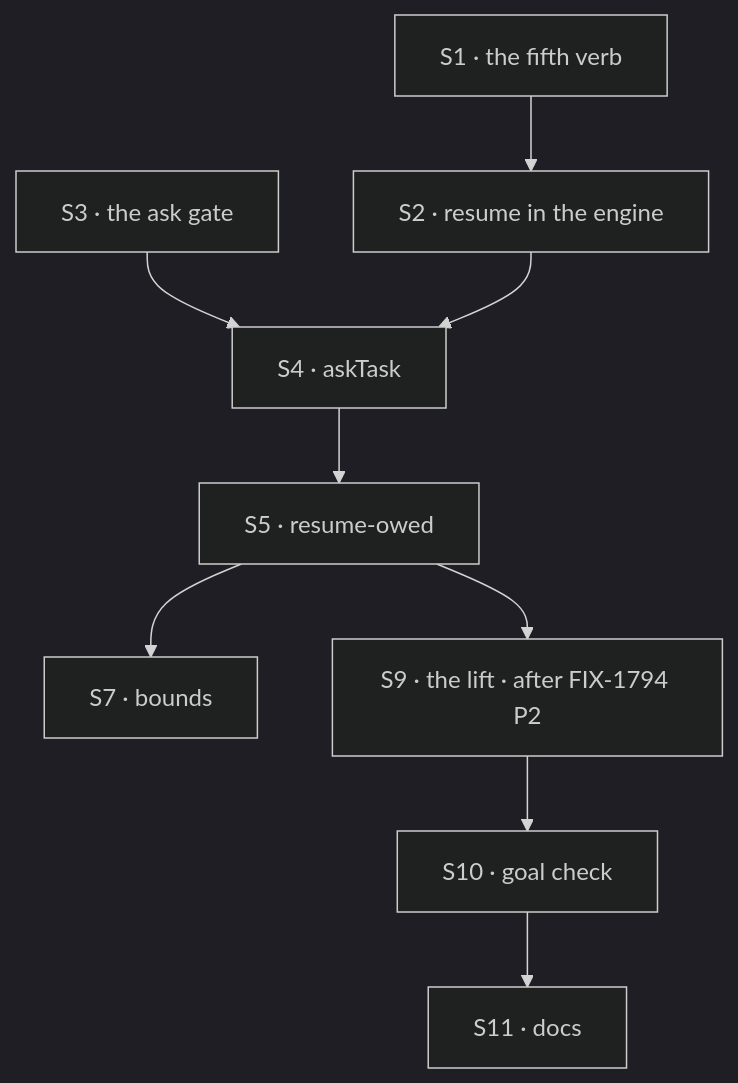
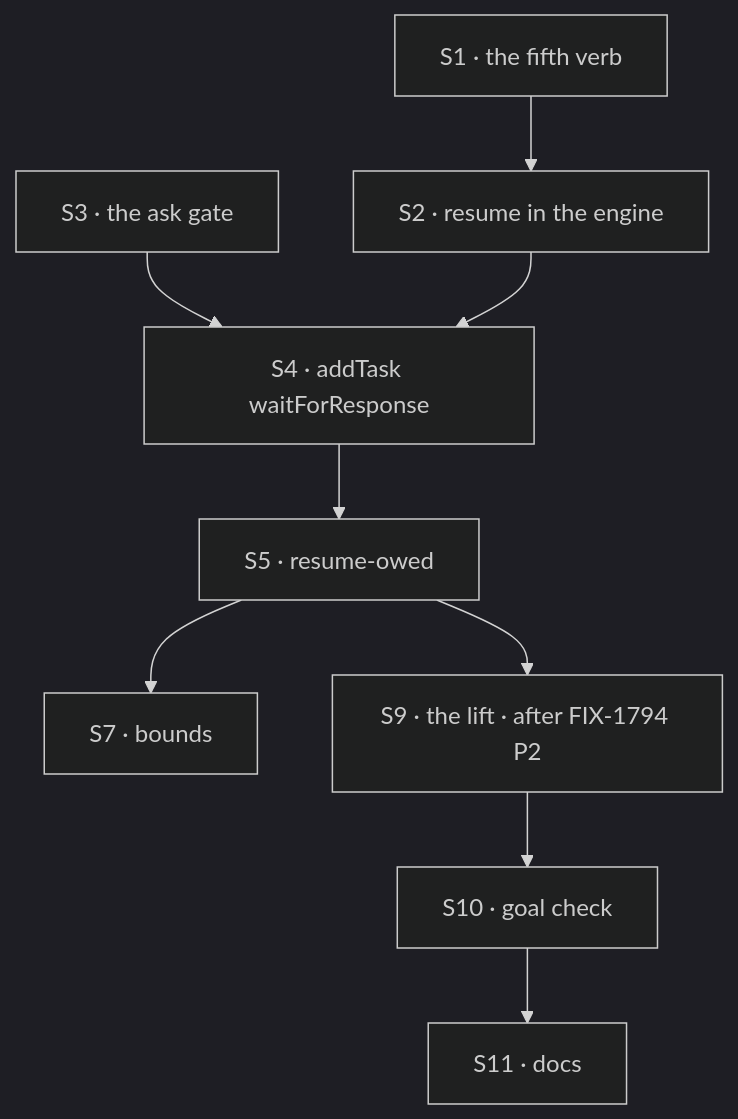
One commit to fixpoint-labs/flow-state-dev changed the diagram in specs/issues/FIX-1816/PLAN.md. Above: the diagram before and after it, drawn with Mermaid (dark theme). The commit also changed other lines of this file and 7 other files, not shown here.

First line of the commit message:
spec(FIX-1816): fold askTask into addTask as waitForResponse

````diff
--- a/specs/issues/FIX-1816/PLAN.md
+++ b/specs/issues/FIX-1816/PLAN.md
@@ -33,11 +33,11 @@
 ```mermaid
 flowchart TD
   S1["S1 · the fifth verb"] --> S2["S2 · resume in the engine"]
-  S3["S3 · the ask gate"] --> S4["S4 · askTask"]
+  S3["S3 · the ask gate"] --> S4["S4 · addTask waitForResponse"]
   S2 --> S4
   S4 --> S5["S5 · resume-owed"]
   S5 --> S7["S7 · bounds"]
   S5 --> S9["S9 · the lift · after FIX-1794 P2"]
   S9 --> S10["S10 · goal check"]
   S10 --> S11["S11 · docs"]
 ```
````
